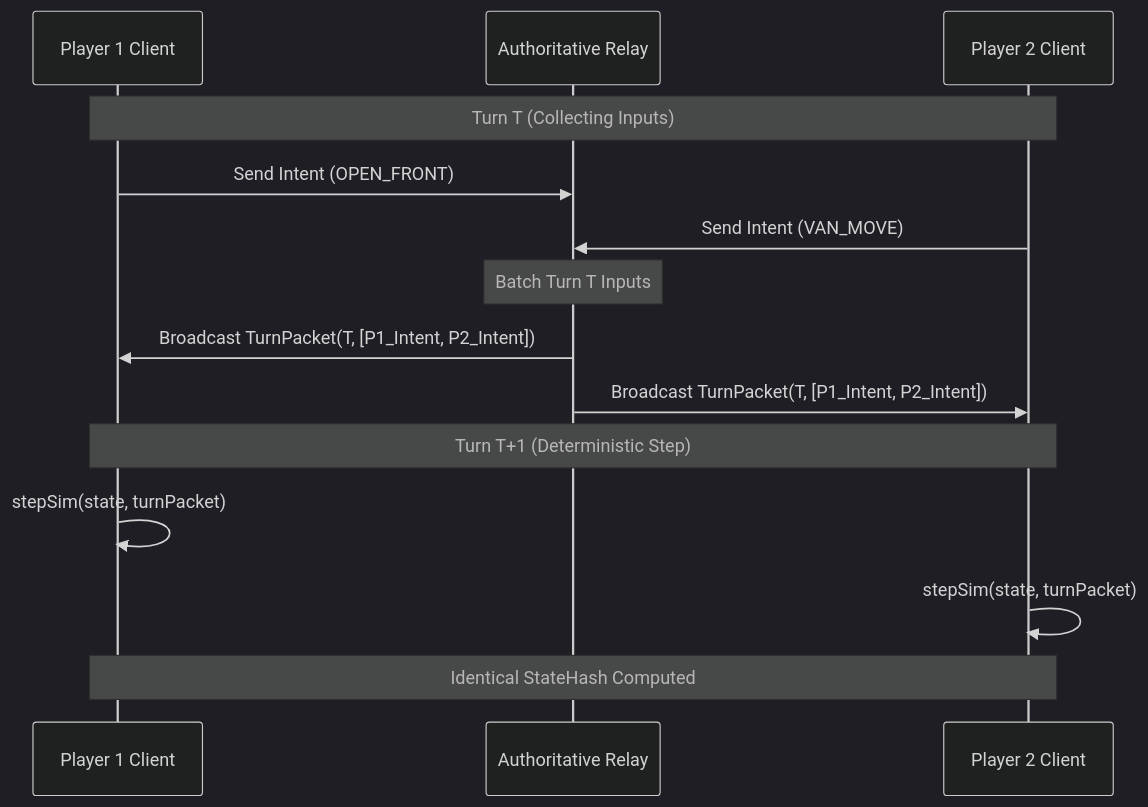
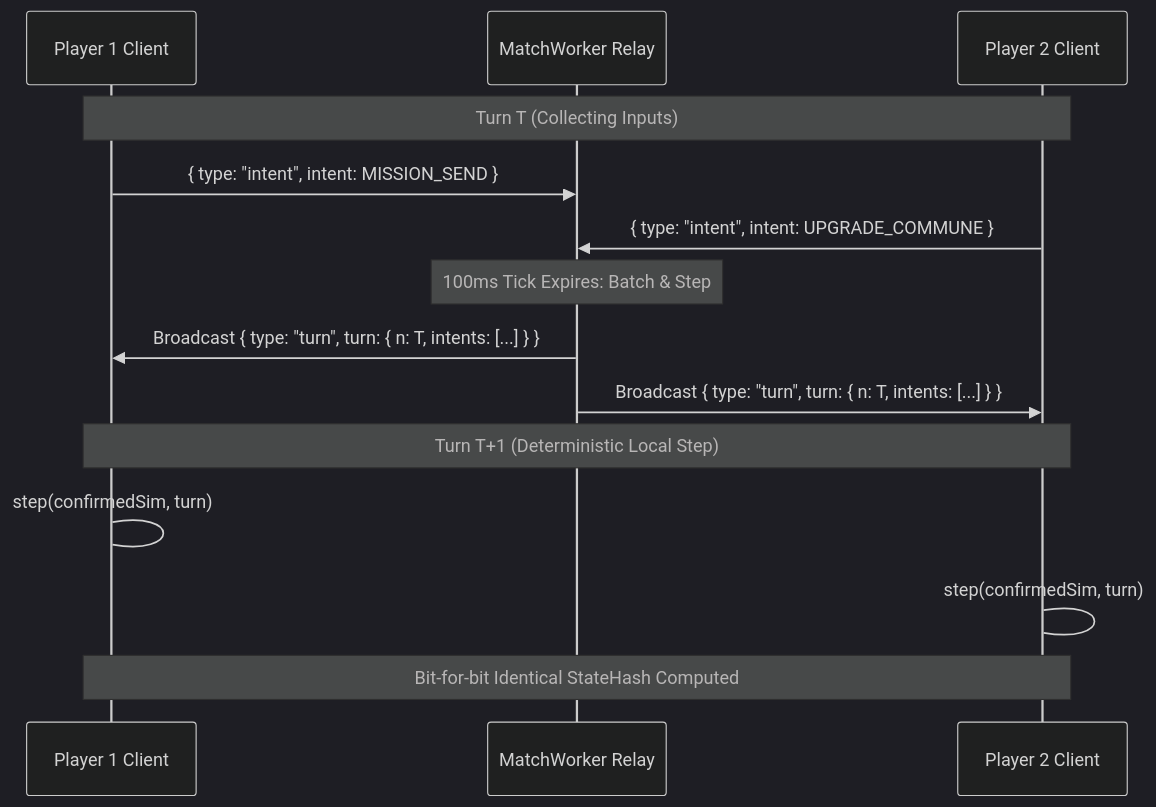
The second of 3 diagrams in docs/ARCHITECTURE.md (brennansk1/Flock), drawn with Mermaid (dark theme) before and after one commit. The commit also changed other lines of this file and 3 other files, not shown here.

````diff
--- a/docs/ARCHITECTURE.md
+++ b/docs/ARCHITECTURE.md
@@ -58,17 +69,17 @@
 ```mermaid
 sequenceDiagram
     participant P1 as Player 1 Client
-    participant S as Authoritative Relay
+    participant S as MatchWorker Relay
     participant P2 as Player 2 Client
 
     Note over P1, P2: Turn T (Collecting Inputs)
-    P1->>S: Send Intent (OPEN_FRONT)
-    P2->>S: Send Intent (VAN_MOVE)
-    Note over S: Batch Turn T Inputs
-    S->>P1: Broadcast TurnPacket(T, [P1_Intent, P2_Intent])
-    S->>P2: Broadcast TurnPacket(T, [P1_Intent, P2_Intent])
-    Note over P1, P2: Turn T+1 (Deterministic Step)
-    P1->>P1: stepSim(state, turnPacket)
-    P2->>P2: stepSim(state, turnPacket)
-    Note over P1, P2: Identical StateHash Computed
+    P1->>S: { type: "intent", intent: MISSION_SEND }
+    P2->>S: { type: "intent", intent: UPGRADE_COMMUNE }
+    Note over S: 100ms Tick Expires: Batch & Step
+    S->>P1: Broadcast { type: "turn", turn: { n: T, intents: [...] } }
+    S->>P2: Broadcast { type: "turn", turn: { n: T, intents: [...] } }
+    Note over P1, P2: Turn T+1 (Deterministic Local Step)
+    P1->P1: step(confirmedSim, turn)
+    P2->P2: step(confirmedSim, turn)
+    Note over P1, P2: Bit-for-bit Identical StateHash Computed
 ```
````
